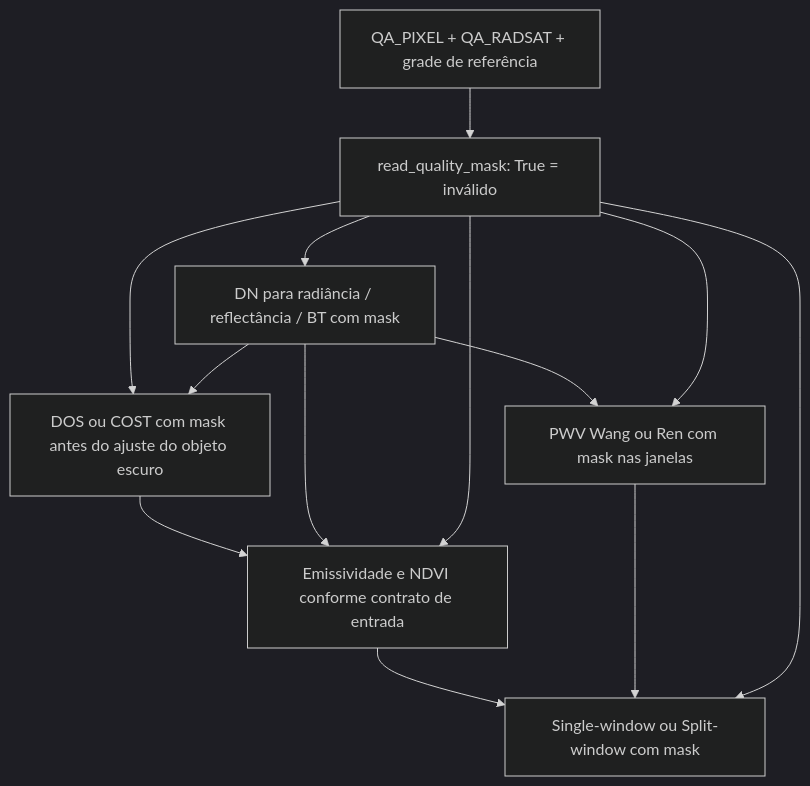
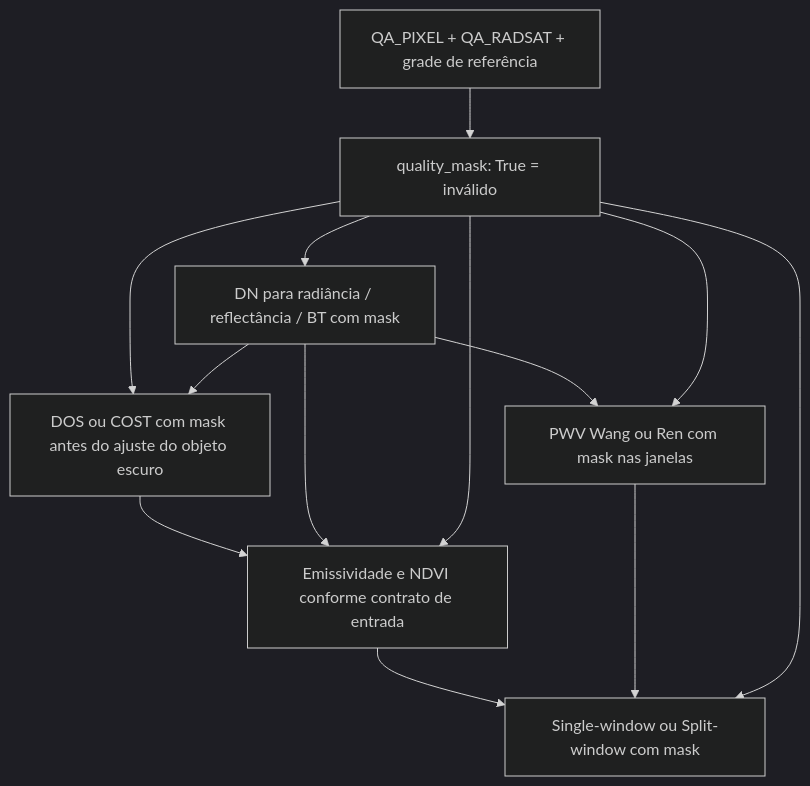
One commit to daciocambraia/pyLSTemp changed the diagram in docs/quality-inputs.md. Above: the diagram before and after it, drawn with Mermaid (dark theme). The commit also changed other lines of this file and 80 other files, not shown here.

````diff
--- a/docs/quality-inputs.md
+++ b/docs/quality-inputs.md
@@ -31,15 +31,15 @@
 ```mermaid
 flowchart TD
-    QA[QA_PIXEL + QA_RADSAT + grade de referência] --> M[read_quality_mask: True = inválido]
+    QA[QA_PIXEL + QA_RADSAT + grade de referência] --> M[quality_mask: True = inválido]
     M --> C[DN para radiância / reflectância / BT com mask]
     M --> O[DOS ou COST com mask antes do ajuste do objeto escuro]
     C --> O
     O --> E[Emissividade e NDVI conforme contrato de entrada]
     C --> E
     M --> E
     C --> P[PWV Wang ou Ren com mask nas janelas]
     M --> P
     E --> T[Single-window ou Split-window com mask]
     P --> T
     M --> T
 ```
````
